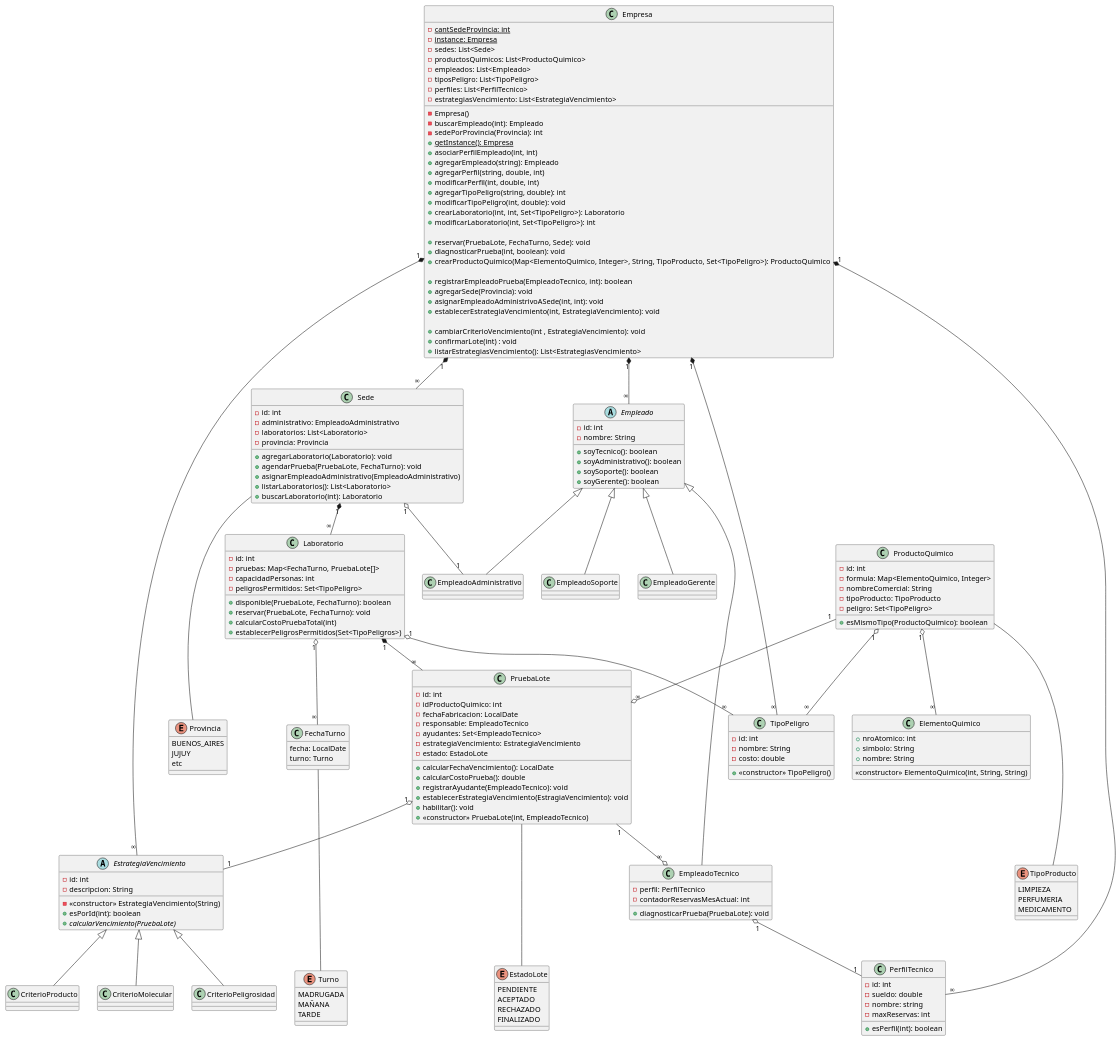
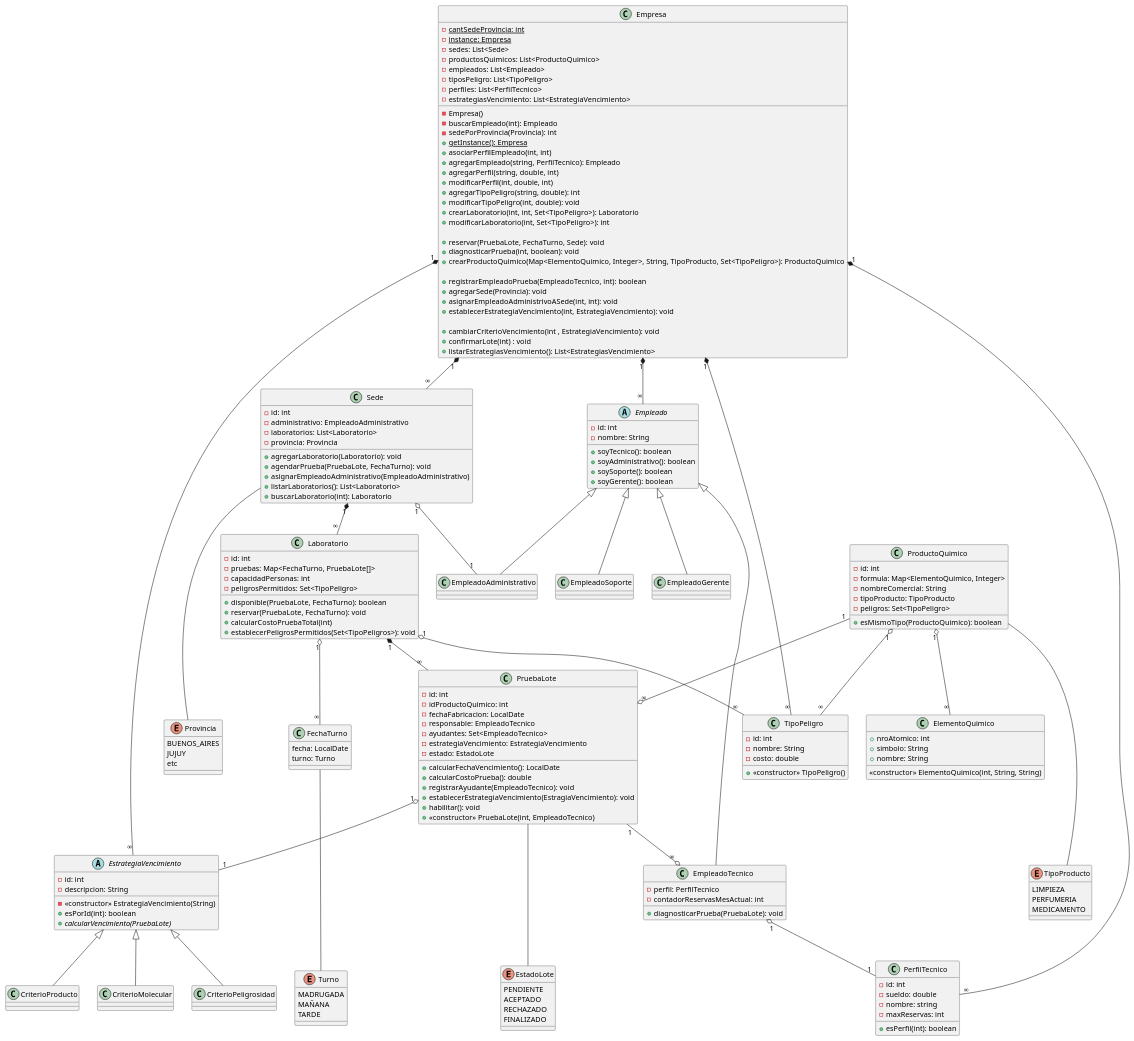
The diagram in diagramas/clases.plantuml (SrBigotones/UADE_TPO_OOP), drawn with PlantUML before and after one commit. The commit also changed 25 other files, not shown here.

```diff
--- a/diagramas/clases.plantuml
+++ b/diagramas/clases.plantuml
@@ -16,7 +16,7 @@
   {static} + getInstance(): Empresa
   /' Empleado administrativo '/
   + asociarPerfilEmpleado(int, int) /'id de perfil, id de empleado'/
-  + agregarEmpleado(string): Empleado
+  + agregarEmpleado(string, PerfilTecnico): Empleado
   + agregarPerfil(string, double, int) /'nombrePuesto, sueldo, maxReservas'/
   + modificarPerfil(int, double, int) /'idPuesto, sueldo, maxReservas'/
   + agregarTipoPeligro(string, double): int
@@ -64,7 +64,7 @@
   - formula: Map<ElementoQuimico, Integer>
   - nombreComercial: String
   - tipoProducto: TipoProducto
-  - peligro: Set<TipoPeligro>
+  - peligros: Set<TipoPeligro>
 
   + esMismoTipo(ProductoQuimico): boolean
 }
@@ -177,7 +177,7 @@
   + disponible(PruebaLote, FechaTurno): boolean
   + reservar(PruebaLote, FechaTurno): void
   + calcularCostoPruebaTotal(int)
-  + establecerPeligrosPermitidos(Set<TipoPeligros>)
+  + establecerPeligrosPermitidos(Set<TipoPeligros>): void
 }
 
 class FechaTurno {
```
